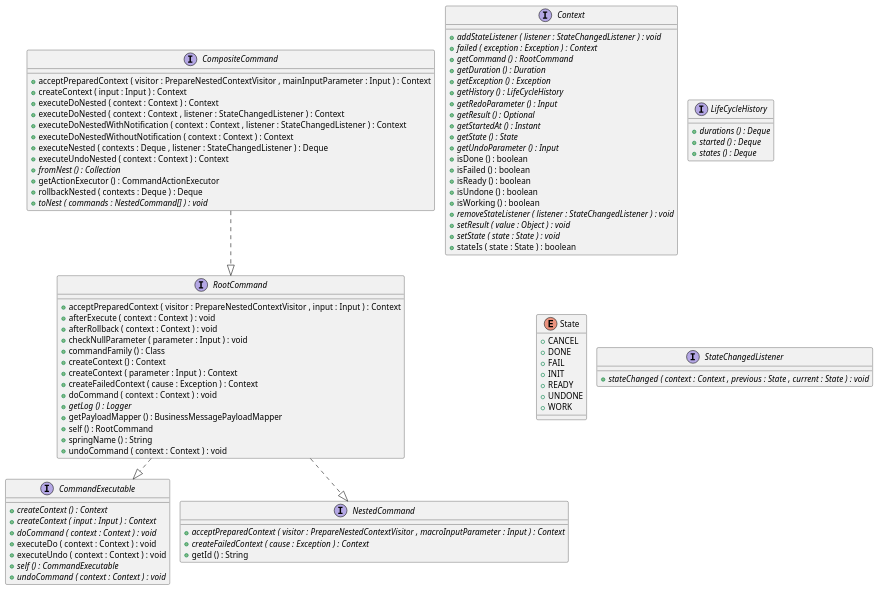
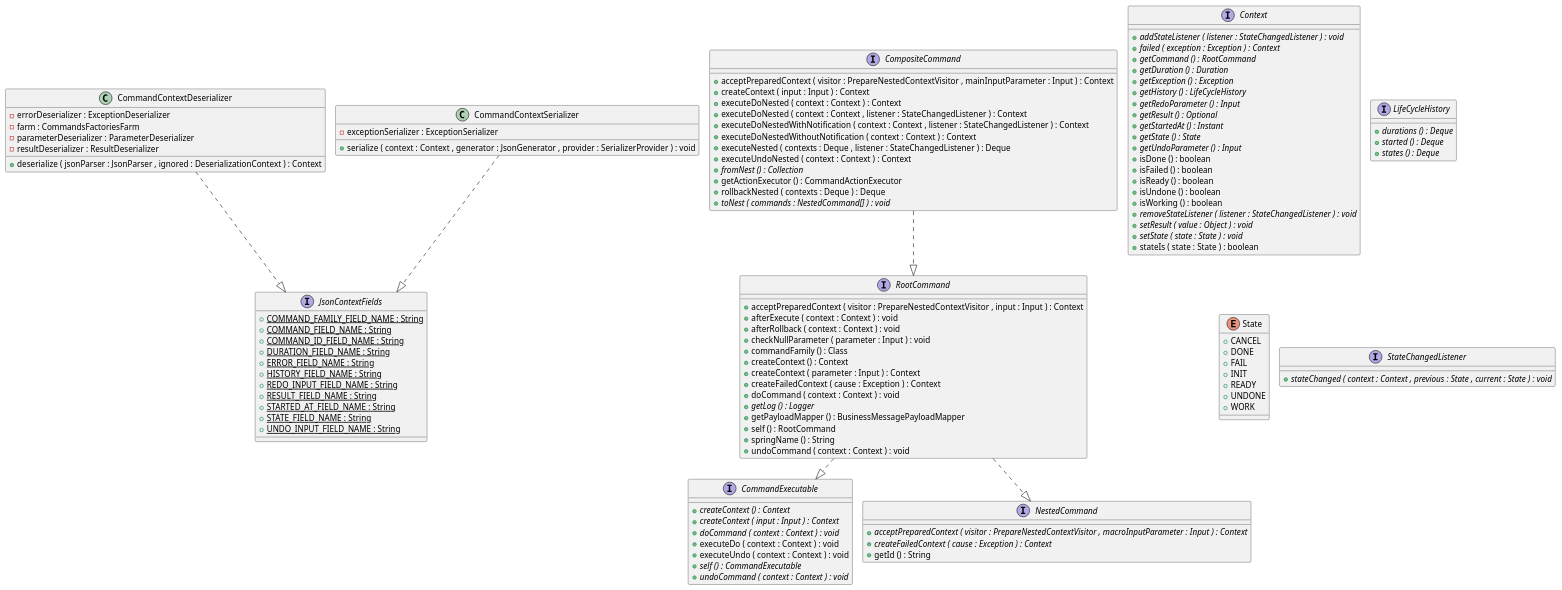
Before and after one commit to OlegSopilnyak/school-demo: the diagram in business-logic/documentation/puml/class-diagrams/CoreCommandModel.puml, drawn with PlantUML. The commit also changed 95 other files, not shown here.

Commit message:
business-logic module documentation commands factory and farm architecture

```diff
--- a/business-logic/documentation/puml/class-diagrams/CoreCommandModel.puml
+++ b/business-logic/documentation/puml/class-diagrams/CoreCommandModel.puml
@@ -3,110 +3,142 @@
 @startuml
 !pragma layout smetana
+
+class CommandContextDeserializer {
+	{field} -errorDeserializer : ExceptionDeserializer
+	{field} -farm : CommandsFactoriesFarm
+	{field} -parameterDeserializer : ParameterDeserializer
+	{field} -resultDeserializer : ResultDeserializer
+	{method} +deserialize ( jsonParser : JsonParser , ignored : DeserializationContext ) : Context
+}
+
+
+class CommandContextSerializer {
+	{field} -exceptionSerializer : ExceptionSerializer
+	{method} +serialize ( context : Context , generator : JsonGenerator , provider : SerializerProvider ) : void
+}
+
 
 interface CommandExecutable {
 	{method}  {abstract} +createContext () : Context
 	{method}  {abstract} +createContext ( input : Input ) : Context
 	{method}  {abstract} +doCommand ( context : Context ) : void
 	{method} +executeDo ( context : Context ) : void
 	{method} +executeUndo ( context : Context ) : void
 	{method}  {abstract} +self () : CommandExecutable
 	{method}  {abstract} +undoCommand ( context : Context ) : void
 }
 
 
 interface CompositeCommand {
 	{method} +acceptPreparedContext ( visitor : PrepareNestedContextVisitor , mainInputParameter : Input ) : Context
 	{method} +createContext ( input : Input ) : Context
 	{method} +executeDoNested ( context : Context ) : Context
 	{method} +executeDoNested ( context : Context , listener : StateChangedListener ) : Context
 	{method} +executeDoNestedWithNotification ( context : Context , listener : StateChangedListener ) : Context
 	{method} +executeDoNestedWithoutNotification ( context : Context ) : Context
 	{method} +executeNested ( contexts : Deque , listener : StateChangedListener ) : Deque
 	{method} +executeUndoNested ( context : Context ) : Context
 	{method}  {abstract} +fromNest () : Collection
 	{method} +getActionExecutor () : CommandActionExecutor
 	{method} +rollbackNested ( contexts : Deque ) : Deque
 	{method}  {abstract} +toNest ( commands : NestedCommand[] ) : void
 }
 
 
 interface Context {
 	{method}  {abstract} +addStateListener ( listener : StateChangedListener ) : void
 	{method}  {abstract} +failed ( exception : Exception ) : Context
 	{method}  {abstract} +getCommand () : RootCommand
 	{method}  {abstract} +getDuration () : Duration
 	{method}  {abstract} +getException () : Exception
 	{method}  {abstract} +getHistory () : LifeCycleHistory
 	{method}  {abstract} +getRedoParameter () : Input
 	{method}  {abstract} +getResult () : Optional
 	{method}  {abstract} +getStartedAt () : Instant
 	{method}  {abstract} +getState () : State
 	{method}  {abstract} +getUndoParameter () : Input
 	{method} +isDone () : boolean
 	{method} +isFailed () : boolean
 	{method} +isReady () : boolean
 	{method} +isUndone () : boolean
 	{method} +isWorking () : boolean
 	{method}  {abstract} +removeStateListener ( listener : StateChangedListener ) : void
 	{method}  {abstract} +setResult ( value : Object ) : void
 	{method}  {abstract} +setState ( state : State ) : void
 	{method} +stateIs ( state : State ) : boolean
+}
+
+
+interface JsonContextFields {
+	{field} {static} +COMMAND_FAMILY_FIELD_NAME : String
+	{field} {static} +COMMAND_FIELD_NAME : String
+	{field} {static} +COMMAND_ID_FIELD_NAME : String
+	{field} {static} +DURATION_FIELD_NAME : String
+	{field} {static} +ERROR_FIELD_NAME : String
+	{field} {static} +HISTORY_FIELD_NAME : String
+	{field} {static} +REDO_INPUT_FIELD_NAME : String
+	{field} {static} +RESULT_FIELD_NAME : String
+	{field} {static} +STARTED_AT_FIELD_NAME : String
+	{field} {static} +STATE_FIELD_NAME : String
+	{field} {static} +UNDO_INPUT_FIELD_NAME : String
 }
 
 
 interface LifeCycleHistory {
 	{method}  {abstract} +durations () : Deque
 	{method}  {abstract} +started () : Deque
 	{method}  {abstract} +states () : Deque
 }
 
 
 interface NestedCommand {
 	{method}  {abstract} +acceptPreparedContext ( visitor : PrepareNestedContextVisitor , macroInputParameter : Input ) : Context
 	{method}  {abstract} +createFailedContext ( cause : Exception ) : Context
 	{method} +getId () : String
 }
 
 
 interface RootCommand {
 	{method} +acceptPreparedContext ( visitor : PrepareNestedContextVisitor , input : Input ) : Context
 	{method} +afterExecute ( context : Context ) : void
 	{method} +afterRollback ( context : Context ) : void
 	{method} +checkNullParameter ( parameter : Input ) : void
 	{method} +commandFamily () : Class
 	{method} +createContext () : Context
 	{method} +createContext ( parameter : Input ) : Context
 	{method} +createFailedContext ( cause : Exception ) : Context
 	{method} +doCommand ( context : Context ) : void
 	{method}  {abstract} +getLog () : Logger
 	{method} +getPayloadMapper () : BusinessMessagePayloadMapper
 	{method} +self () : RootCommand
 	{method} +springName () : String
 	{method} +undoCommand ( context : Context ) : void
 }
 
 
 enum State {
 	{field} +CANCEL
 	{field} +DONE
 	{field} +FAIL
 	{field} +INIT
 	{field} +READY
 	{field} +UNDONE
 	{field} +WORK
 }
 
 
 interface StateChangedListener {
 	{method}  {abstract} +stateChanged ( context : Context , previous : State , current : State ) : void
 }
 
 
 
 
+CommandContextDeserializer ..|>  JsonContextFields
+CommandContextSerializer ..|>  JsonContextFields
 CompositeCommand ..|>  RootCommand
 RootCommand ..|>  CommandExecutable
 RootCommand ..|>  NestedCommand
 
 
 @enduml
```
